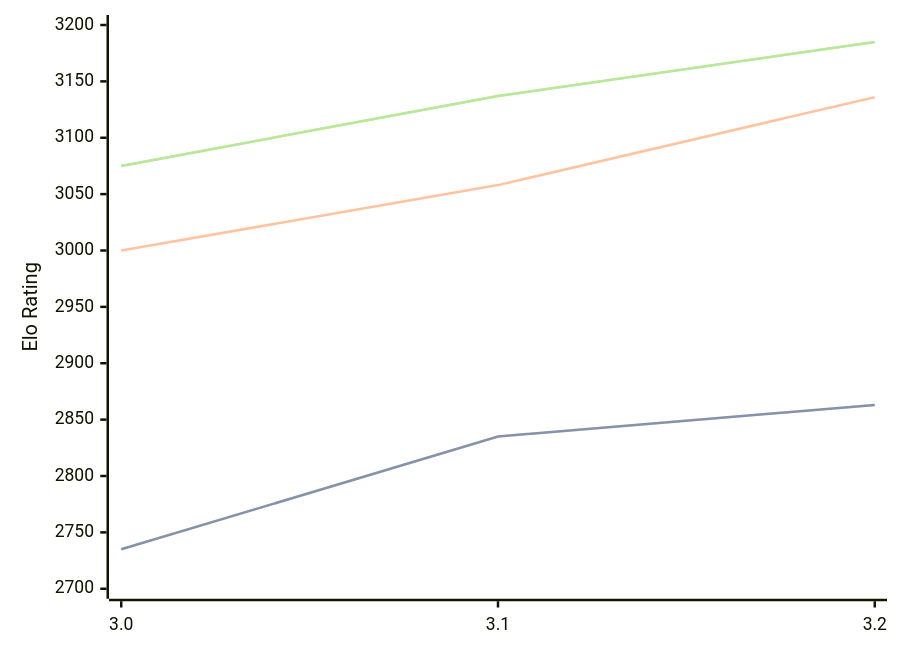
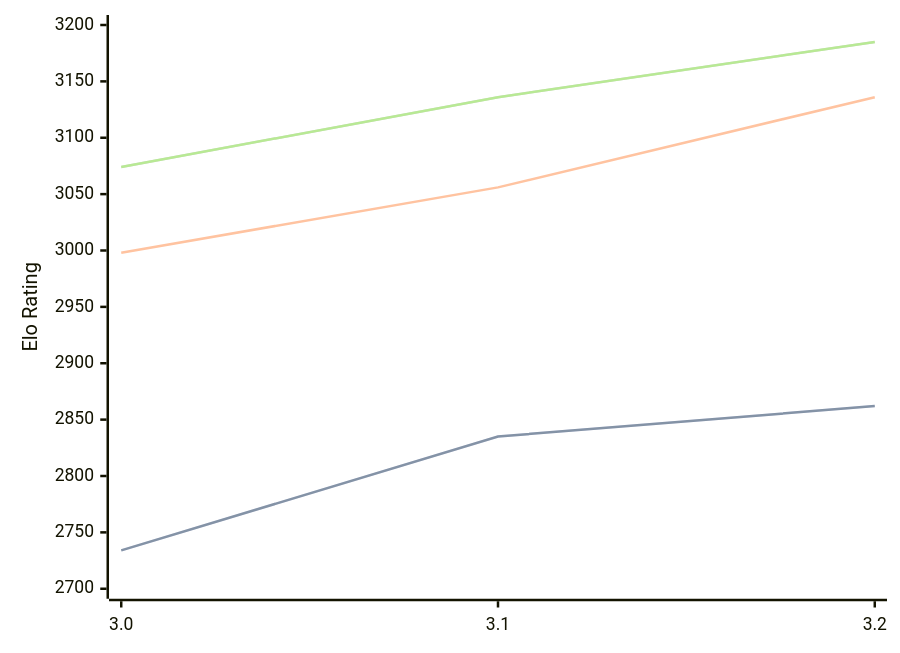
One commit to computer-chess-index/cci changed the diagram in engines/Vajolet2.md. Above: the diagram before and after it, drawn with Mermaid. The commit also changed other lines of this file, not shown here.

Commit message:
Update CCI Ratings (ELO VLTC) - 2026-10-01

````diff
--- a/engines/Vajolet2.md
+++ b/engines/Vajolet2.md
@@ -33,11 +33,11 @@
 ```mermaid
 %%{init: {"theme":"base","themeVariables":{"seriesColors:['#a3a3a3','#222221','#faa371']}}}%%
 xychart-beta
   x-axis ["3.0", "3.1", "3.2"]
   y-axis "Elo Rating" 2700 --> 3200
-  line "" [2735, 2835, 2863]
-  line "STC (8.0+0.08s)" [2735, 2835, 2863]
-  line "LTC (60.0+0.60s)" [3000, 3058, 3136]
-  line "" [3075, 3137, 3185]
-  line "VLTC (2m24s+1.12s)" [3075, 3137, 3185]
+  line "" [2734, 2835, 2862]
+  line "STC (8.0+0.08s)" [2734, 2835, 2862]
+  line "LTC (60.0+0.60s)" [2998, 3056, 3136]
+  line "" [3074, 3136, 3185]
+  line "VLTC (2m24s+1.12s)" [3074, 3136, 3185]
 ```
````
